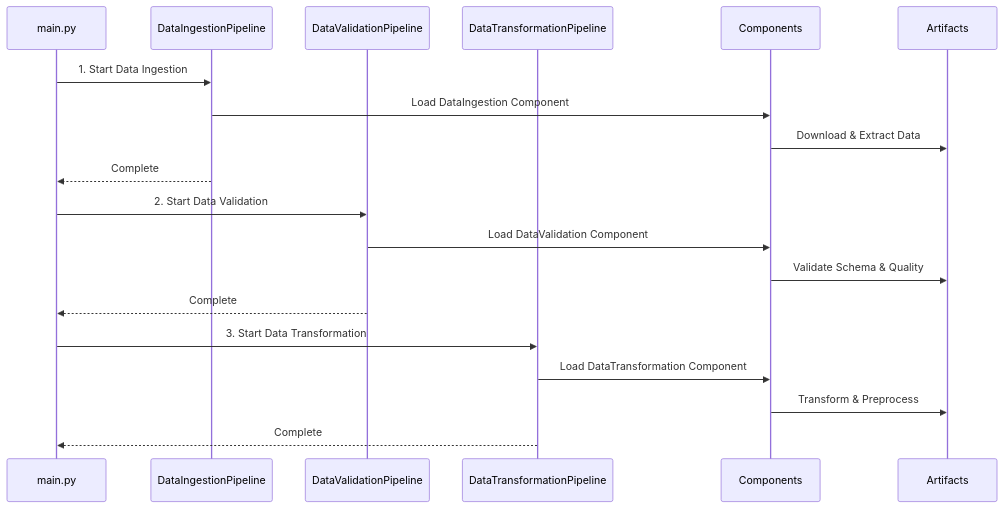
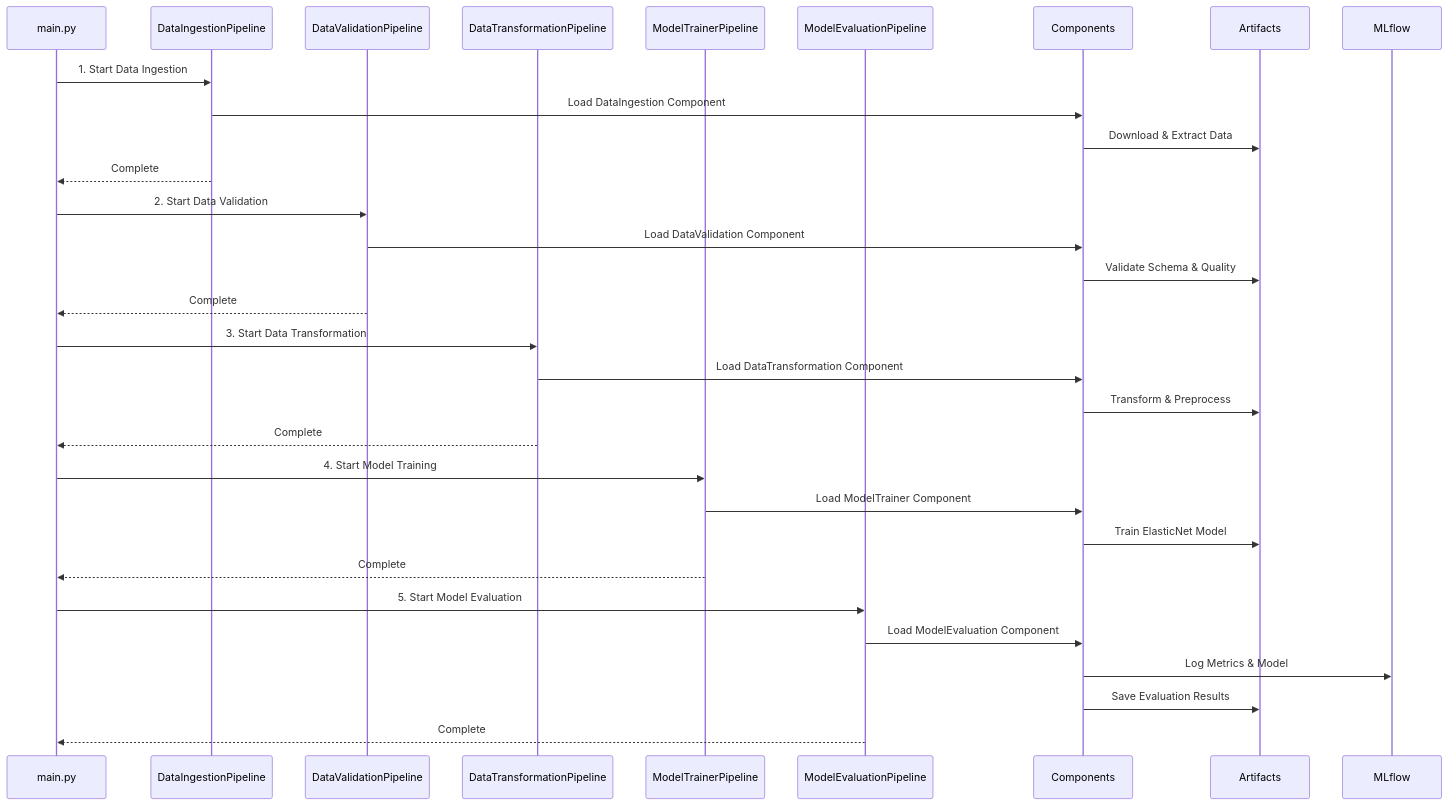
Before and after one commit to Charan703/DataScience: the third of 3 diagrams in README.md, drawn with Mermaid. The commit also changed other lines of this file, not shown here.

Commit message:
updated readme file

````diff
--- a/README.md
+++ b/README.md
@@ -70,24 +71,38 @@
 ```mermaid
 sequenceDiagram
     participant M as main.py
     participant DI as DataIngestionPipeline
     participant DV as DataValidationPipeline
     participant DT as DataTransformationPipeline
+    participant MT as ModelTrainerPipeline
+    participant ME as ModelEvaluationPipeline
     participant C as Components
     participant A as Artifacts
+    participant ML as MLflow
     
     M->>DI: 1. Start Data Ingestion
     DI->>C: Load DataIngestion Component
     C->>A: Download & Extract Data
     DI-->>M: Complete
     
     M->>DV: 2. Start Data Validation
     DV->>C: Load DataValidation Component
     C->>A: Validate Schema & Quality
     DV-->>M: Complete
     
     M->>DT: 3. Start Data Transformation
     DT->>C: Load DataTransformation Component
     C->>A: Transform & Preprocess
     DT-->>M: Complete
+    
+    M->>MT: 4. Start Model Training
+    MT->>C: Load ModelTrainer Component
+    C->>A: Train ElasticNet Model
+    MT-->>M: Complete
+    
+    M->>ME: 5. Start Model Evaluation
+    ME->>C: Load ModelEvaluation Component
+    C->>ML: Log Metrics & Model
+    C->>A: Save Evaluation Results
+    ME-->>M: Complete
 ```
````
